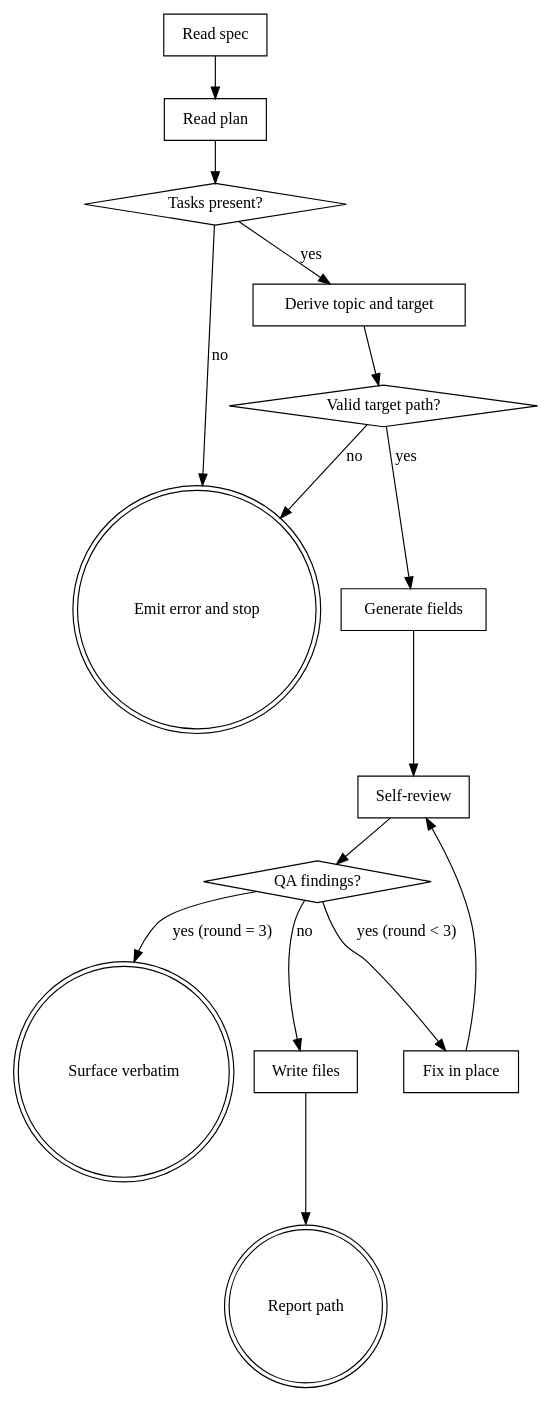
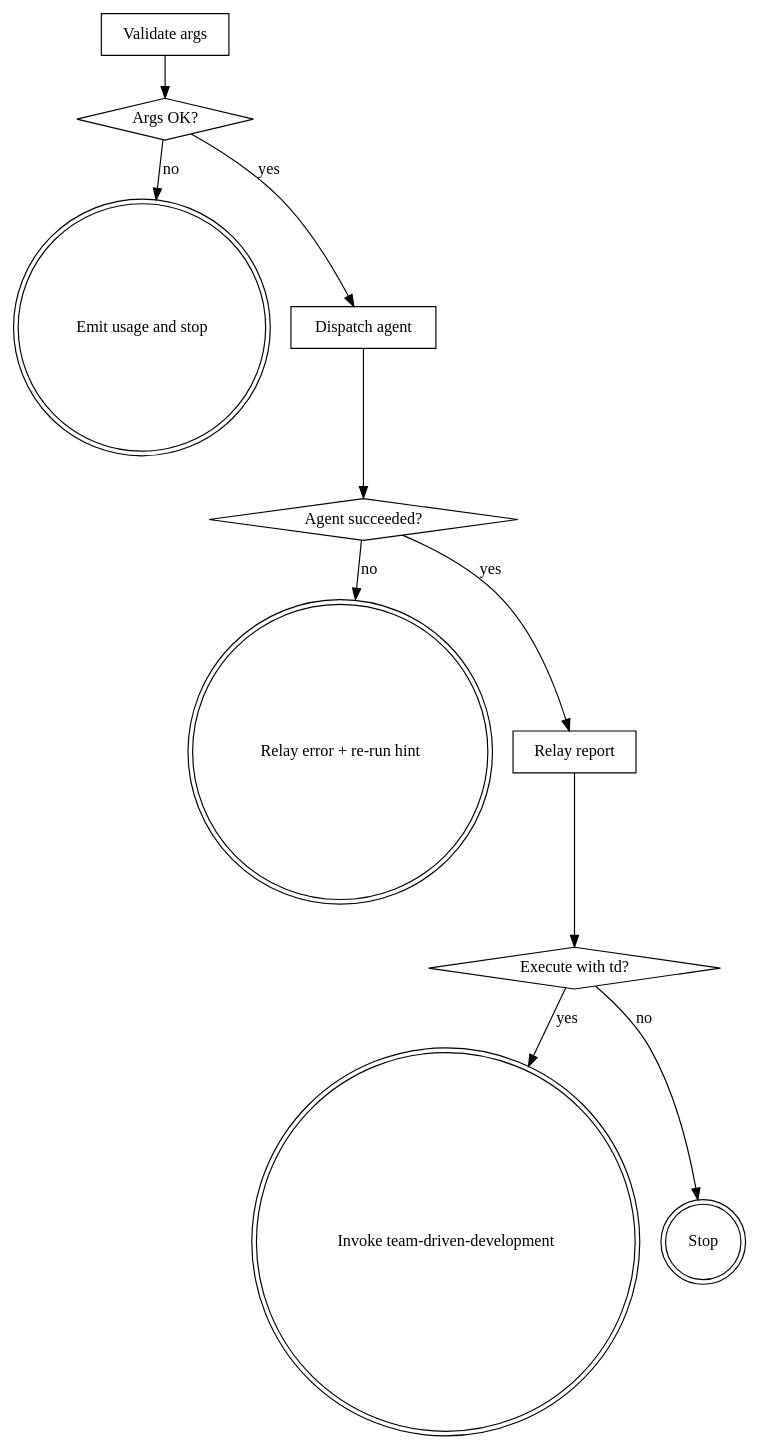
One commit to rat-siem/team-driven-development changed the diagram in skills/sprint-master/SKILL.md. Above: the diagram before and after it, drawn with Graphviz. The commit also changed other lines of this file and 3 other files, not shown here.

First line of the commit message:
refactor(sprint-master): convert to subagent for proper caller return

````diff
--- a/skills/sprint-master/SKILL.md
+++ b/skills/sprint-master/SKILL.md
@@ -29,32 +22,24 @@
 ```dot
-digraph sprint_master {
-    "Read spec" [shape=box];
-    "Read plan" [shape=box];
-    "Tasks present?" [shape=diamond];
-    "Emit error and stop" [shape=doublecircle];
-    "Derive topic and target" [shape=box];
-    "Valid target path?" [shape=diamond];
-    "Generate fields" [shape=box];
-    "Self-review" [shape=box];
-    "QA findings?" [shape=diamond];
-    "Fix in place" [shape=box];
-    "Surface verbatim" [shape=doublecircle];
-    "Write files" [shape=box];
-    "Report path" [shape=doublecircle];
+digraph sprint_master_skill {
+    "Validate args" [shape=box];
+    "Args OK?" [shape=diamond];
+    "Emit usage and stop" [shape=doublecircle];
+    "Dispatch agent" [shape=box];
+    "Agent succeeded?" [shape=diamond];
+    "Relay error + re-run hint" [shape=doublecircle];
+    "Relay report" [shape=box];
+    "Execute with td?" [shape=diamond];
+    "Invoke team-driven-development" [shape=doublecircle];
+    "Stop" [shape=doublecircle];
 
-    "Read spec" -> "Read plan";
-    "Read plan" -> "Tasks present?";
-    "Tasks present?" -> "Emit error and stop" [label="no"];
-    "Tasks present?" -> "Derive topic and target" [label="yes"];
-    "Derive topic and target" -> "Valid target path?";
-    "Valid target path?" -> "Emit error and stop" [label="no"];
-    "Valid target path?" -> "Generate fields" [label="yes"];
-    "Generate fields" -> "Self-review";
-    "Self-review" -> "QA findings?";
-    "QA findings?" -> "Fix in place" [label="yes (round < 3)"];
-    "Fix in place" -> "Self-review";
-    "QA findings?" -> "Surface verbatim" [label="yes (round = 3)"];
-    "QA findings?" -> "Write files" [label="no"];
-    "Write files" -> "Report path";
+    "Validate args" -> "Args OK?";
+    "Args OK?" -> "Emit usage and stop" [label="no"];
+    "Args OK?" -> "Dispatch agent" [label="yes"];
+    "Dispatch agent" -> "Agent succeeded?";
+    "Agent succeeded?" -> "Relay error + re-run hint" [label="no"];
+    "Agent succeeded?" -> "Relay report" [label="yes"];
+    "Relay report" -> "Execute with td?";
+    "Execute with td?" -> "Invoke team-driven-development" [label="yes"];
+    "Execute with td?" -> "Stop" [label="no"];
 }
 ```
````
